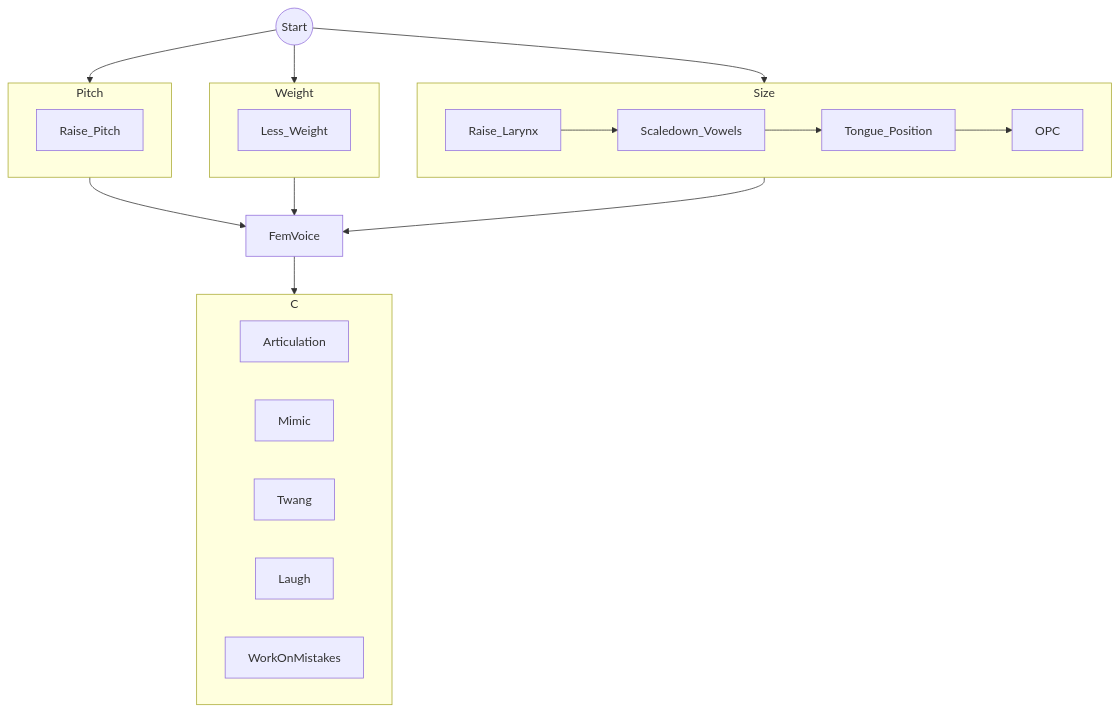
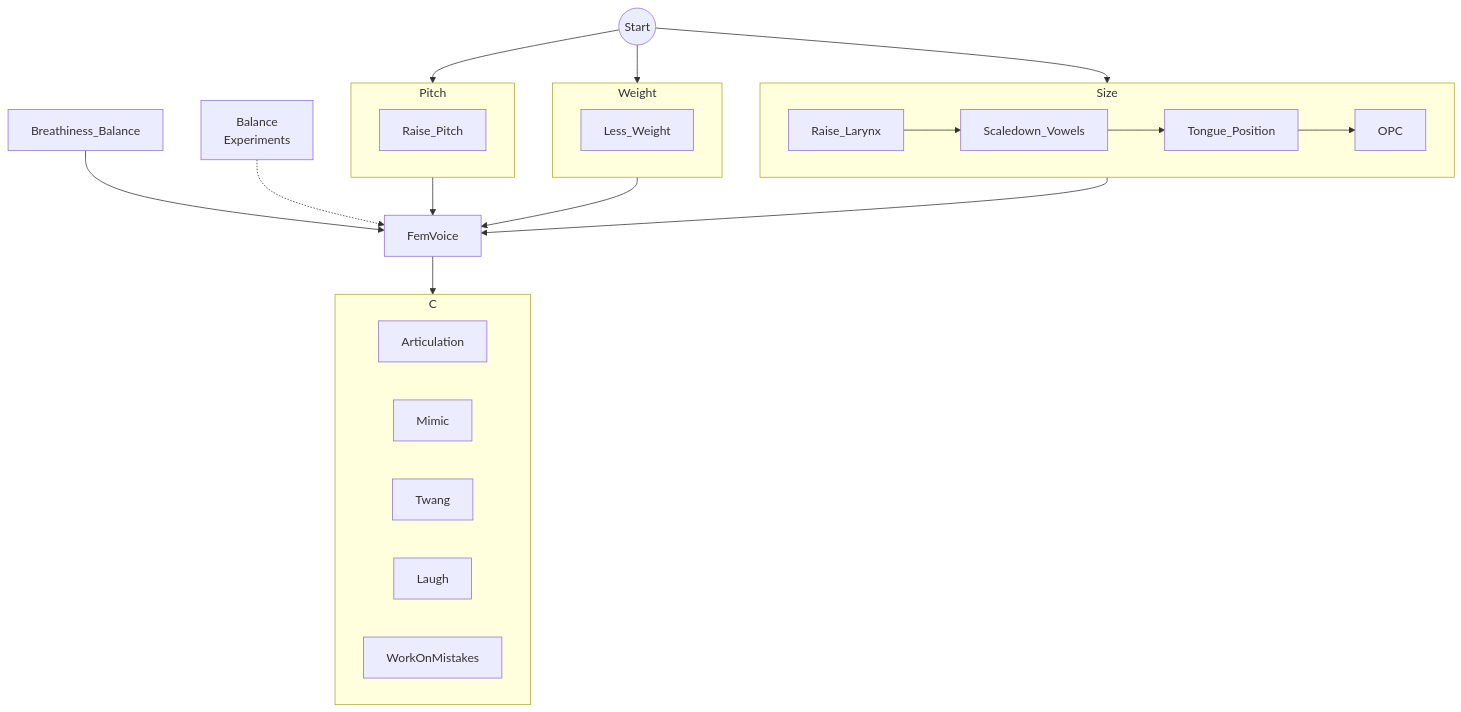
The diagram in female-voice-en.md (iggy-smart/voice-alt), drawn with Mermaid before and after one commit.

````diff
--- a/female-voice-en.md
+++ b/female-voice-en.md
@@ -96,33 +96,36 @@
 ```mermaid
 graph TD
     A((Start))
     A --> Pitch --> B
     A --> Weight --> B
     A --> Size --> B
 
     subgraph Pitch
         Raise_Pitch
     end
 
     subgraph Size
         Raise_Larynx --> Scaledown_Vowels --> Tongue_Position --> OPC
     end
 
     subgraph Weight
         Less_Weight
     end
 
     C[Improve]
     B[FemVoice]
-
+    
+    Breathiness_Balance --> B
+    Balance[Balance</br>Experiments] -.-> B
+    
     B --> C
 
     subgraph C
         Articulation
         Mimic
         Twang
         Laugh
 	WorkOnMistakes
     end
     
 ```
````
